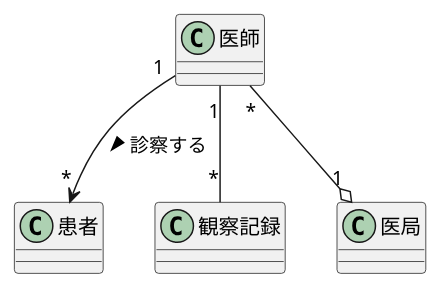
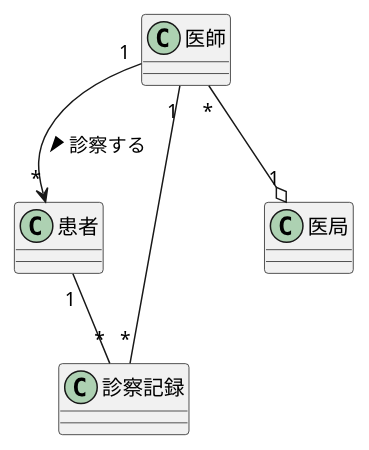
Before and after one commit to Kuya0307/unl-introduction: the diagram in 演習3-2_CL_医師と患者と医局と診療記録.pu, drawn with PlantUML. The commit also changed 1 other file, not shown here.

```diff
--- a/演習3-2_CL_医師と患者と医局と診療記録.pu
+++ b/演習3-2_CL_医師と患者と医局と診療記録.pu
@@ -1,18 +1,19 @@
 @startuml クラス図
 ' left to right direction
     class 医師{
 
     }
     class 患者{
 
     }
-    class 観察記録{
+    class 診察記録{
 
     }
     class 医局{
 
     }
     医師"1" --> "*"患者:診察する >
-    医師"1" -- "*"観察記録
+    医師"1" -- "*"診察記録
     医師"*" --o "1"医局
+    患者"1" -- "*"診察記録
 @enduml
```
